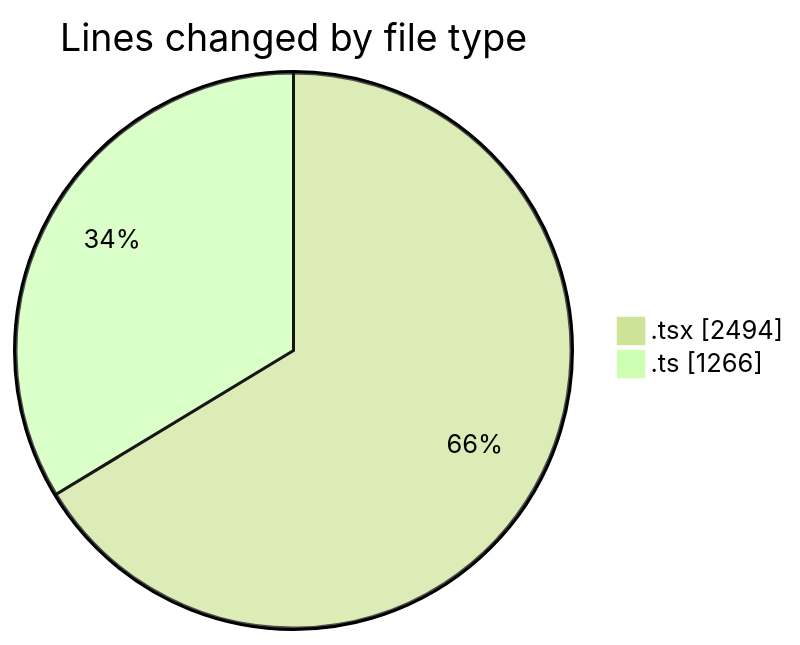
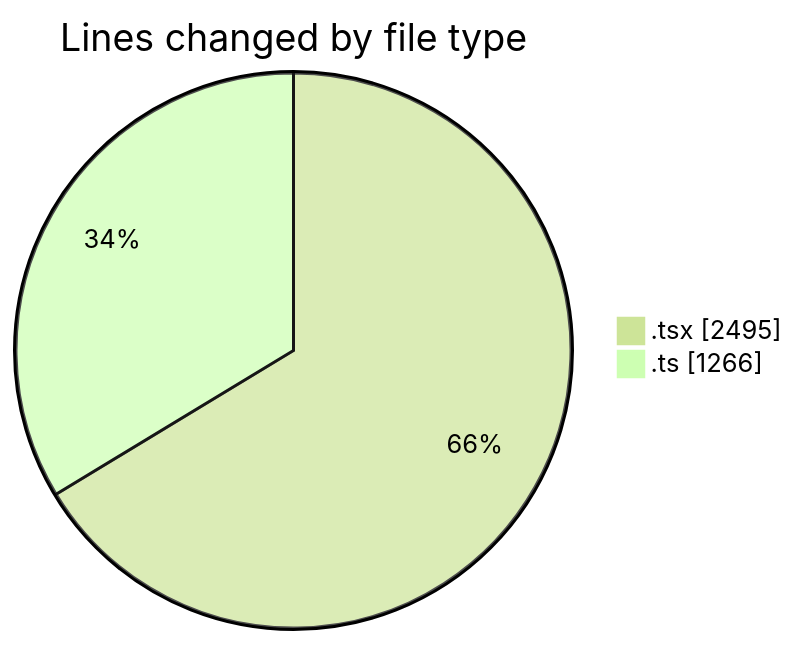
The first of 2 diagrams in 2026-05-17/nxtqube_webapp/README.md (nxtqubesakshisongat/code-tracking), drawn with Mermaid (forest theme) before and after one commit. The commit also changed other lines of this file and 1 other file, not shown here.

````diff
--- a/2026-05-17/nxtqube_webapp/README.md
+++ b/2026-05-17/nxtqube_webapp/README.md
@@ -25,6 +25,6 @@
 ```mermaid
 pie showData
 title Lines changed by file type
-".tsx" : 2494
+".tsx" : 2495
 ".ts" : 1266
 ```
````
